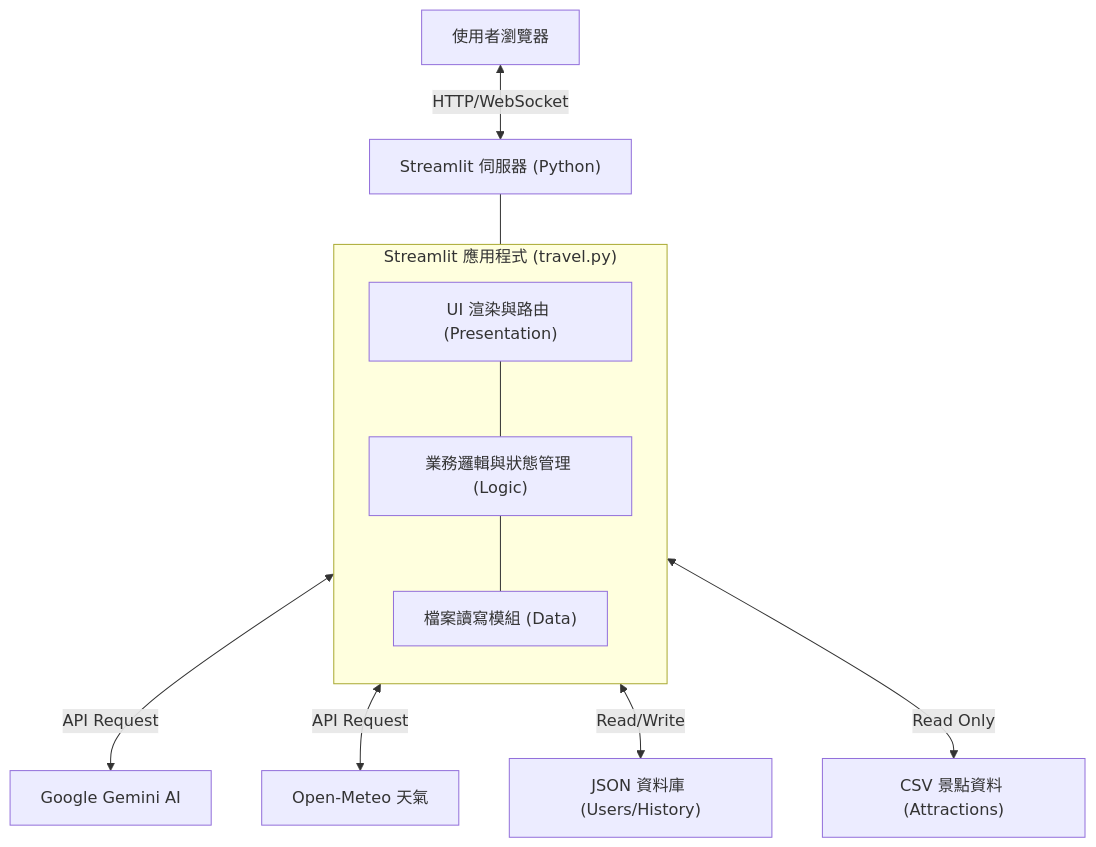
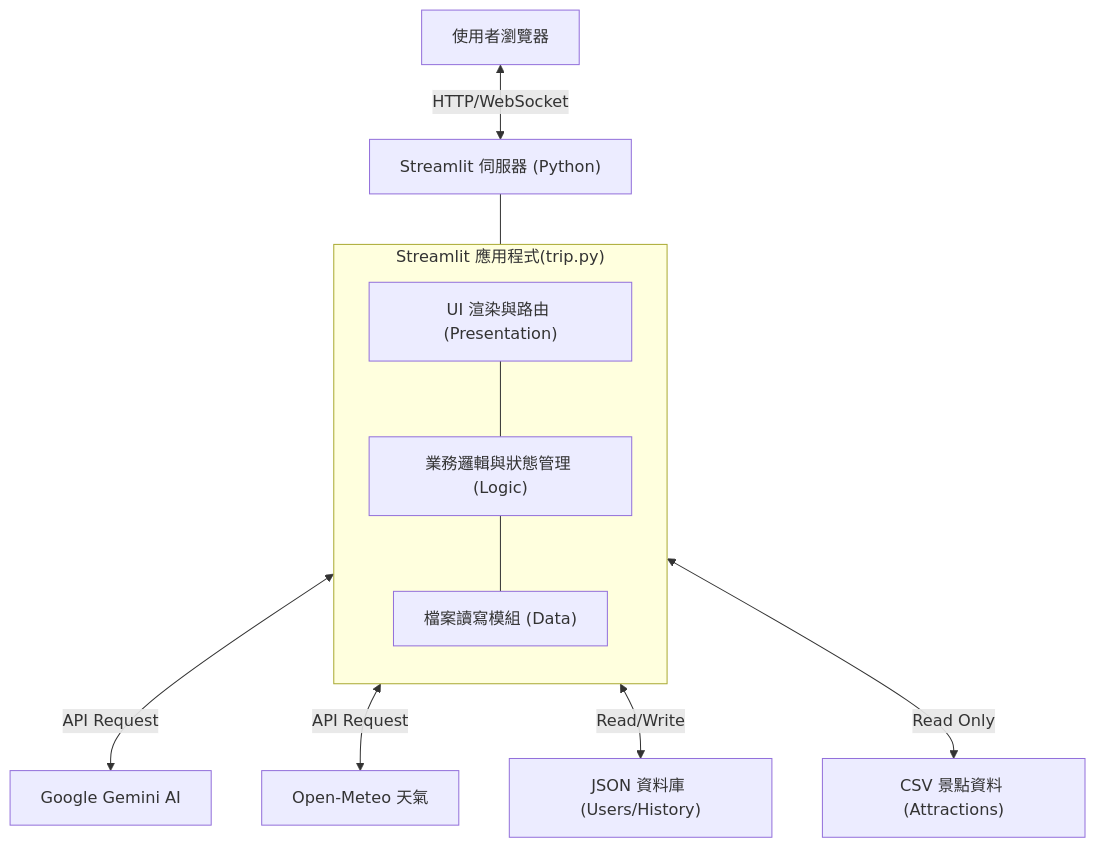
One commit to adams7718/Smart-tourism changed the second of 3 diagrams in Final.md. Above: the diagram before and after it, drawn with Mermaid.

````diff
--- a/Final.md
+++ b/Final.md
@@ -60,21 +60,21 @@
 ```mermaid
 graph TD
     User["使用者瀏覽器"] <-->|HTTP/WebSocket| Server["Streamlit 伺服器 (Python)"]
     
-    subgraph App ["Streamlit 應用程式 (travel.py)"]
+    subgraph App ["Streamlit 應用程式(trip.py)"]
         direction TB
         UI["UI 渲染與路由 (Presentation)"]
         Logic["業務邏輯與狀態管理 (Logic)"]
         Data["檔案讀寫模組 (Data)"]
     end
     
     Server --- UI
     UI --- Logic
     Logic --- Data
     
     Logic <-->|"API Request"| Gemini["Google Gemini AI"]
     Logic <-->|"API Request"| Meteo["Open-Meteo 天氣"]
     
     Data <-->|"Read/Write"| JSON["JSON 資料庫 (Users/History)"]
     Data <-->|"Read Only"| CSV["CSV 景點資料 (Attractions)"]
 ```
````
